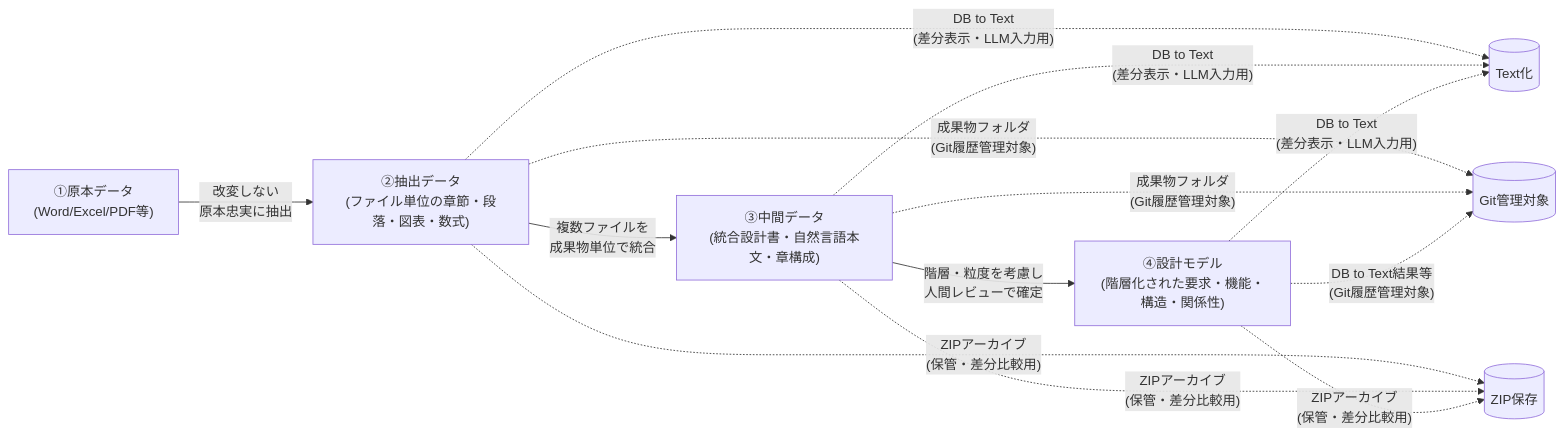
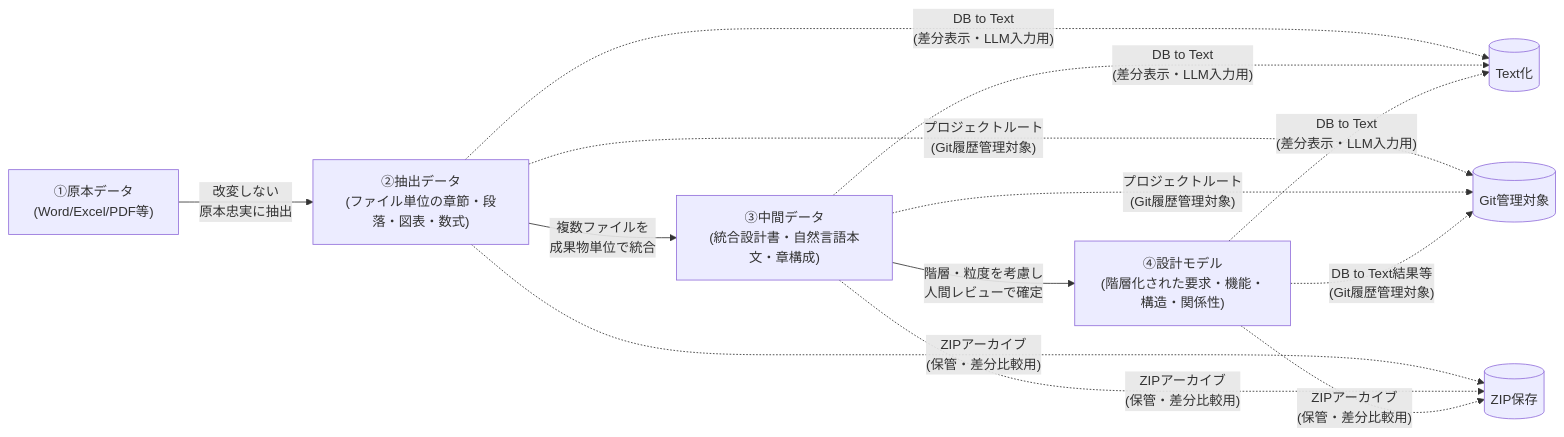
The first of 2 diagrams in docs/srs.md (kfuruichi0920/d2d), drawn with Mermaid before and after one commit. The commit also changed other lines of this file and 7 other files, not shown here.

````diff
--- a/docs/srs.md
+++ b/docs/srs.md
@@ -55,21 +54,21 @@
 ```mermaid
 flowchart LR
     A["①原本データ\n(Word/Excel/PDF等)"]
     B["②抽出データ\n(ファイル単位の章節・段落・図表・数式)"]
     C["③中間データ\n(統合設計書・自然言語本文・章構成)"]
     D["④設計モデル\n(階層化された要求・機能・構造・関係性)"]
 
     A -->|"改変しない\n原本忠実に抽出"| B
     B -->|"複数ファイルを\n成果物単位で統合"| C
     C -->|"階層・粒度を考慮し\n人間レビューで確定"| D
     B -.->|"DB to Text\n(差分表示・LLM入力用)"| T[(Text化)]
     C -.->|"DB to Text\n(差分表示・LLM入力用)"| T
     D -.->|"DB to Text\n(差分表示・LLM入力用)"| T
 
-    B -.->|"成果物フォルダ\n(Git履歴管理対象)"| G[(Git管理対象)]
-    C -.->|"成果物フォルダ\n(Git履歴管理対象)"| G
+    B -.->|"プロジェクトルート\n(Git履歴管理対象)"| G[(Git管理対象)]
+    C -.->|"プロジェクトルート\n(Git履歴管理対象)"| G
     D -.->|"DB to Text結果等\n(Git履歴管理対象)"| G
     B -.->|"ZIPアーカイブ\n(保管・差分比較用)"| Z[(ZIP保存)]
     C -.->|"ZIPアーカイブ\n(保管・差分比較用)"| Z
     D -.->|"ZIPアーカイブ\n(保管・差分比較用)"| Z
 ```
````
